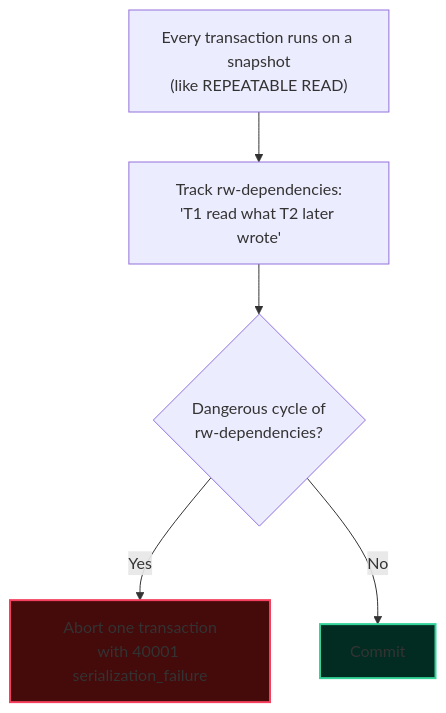
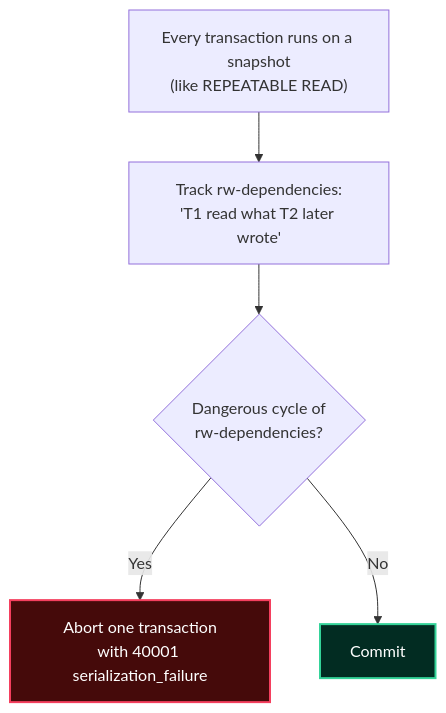
Before and after one commit to 1345AbhishekKumar/cs-cookbook: the second of 2 diagrams in content/docs/databases-sql/03-transactions-and-concurrency/02-isolation-levels-and-anomalies.mdx, drawn with Mermaid. The commit also changed 80 other files, not shown here.

````diff
--- a/content/docs/databases-sql/03-transactions-and-concurrency/02-isolation-levels-and-anomalies.mdx
+++ b/content/docs/databases-sql/03-transactions-and-concurrency/02-isolation-levels-and-anomalies.mdx
@@ -166,11 +166,11 @@
 ```mermaid
 flowchart TD
     S1["Every transaction runs on a snapshot<br/>(like REPEATABLE READ)"] --> T
     T["Track rw-dependencies:<br/>'T1 read what T2 later wrote'"] --> D
     D{"Dangerous cycle of<br/>rw-dependencies?"}
     D -->|Yes| A["Abort one transaction<br/>with 40001 serialization_failure"]
     D -->|No| C["Commit"]
 
-    style A fill:#450a0a,stroke:#f43f5e,stroke-width:2px
-    style C fill:#022c22,stroke:#34d399,stroke-width:2px
+    style A fill:#450a0a,stroke:#f43f5e,stroke-width:2px,color:#ffffff
+    style C fill:#022c22,stroke:#34d399,stroke-width:2px,color:#ffffff
 ```
````
